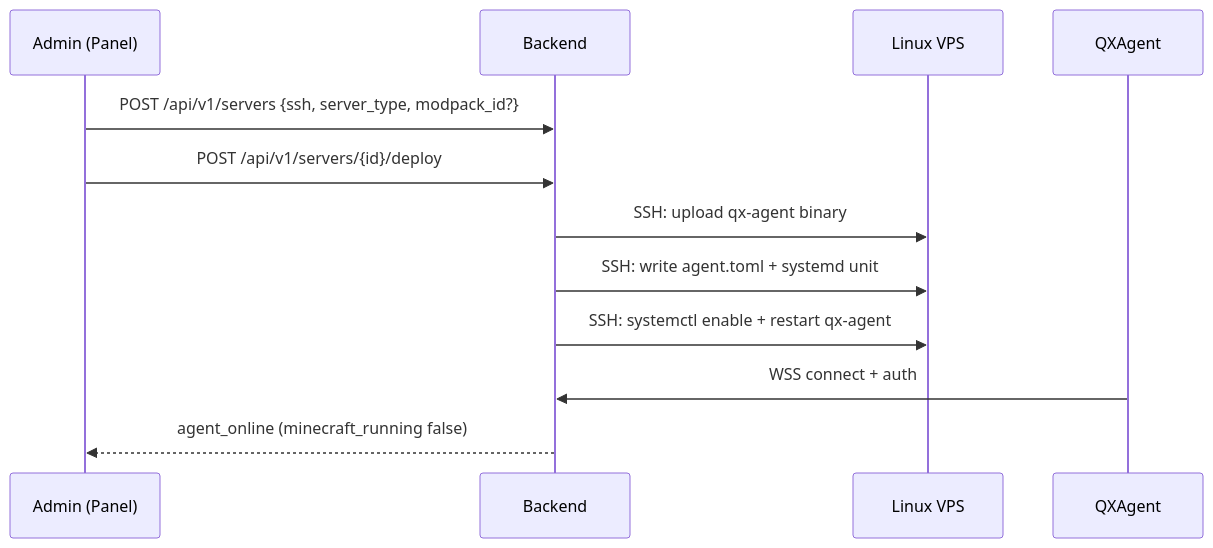
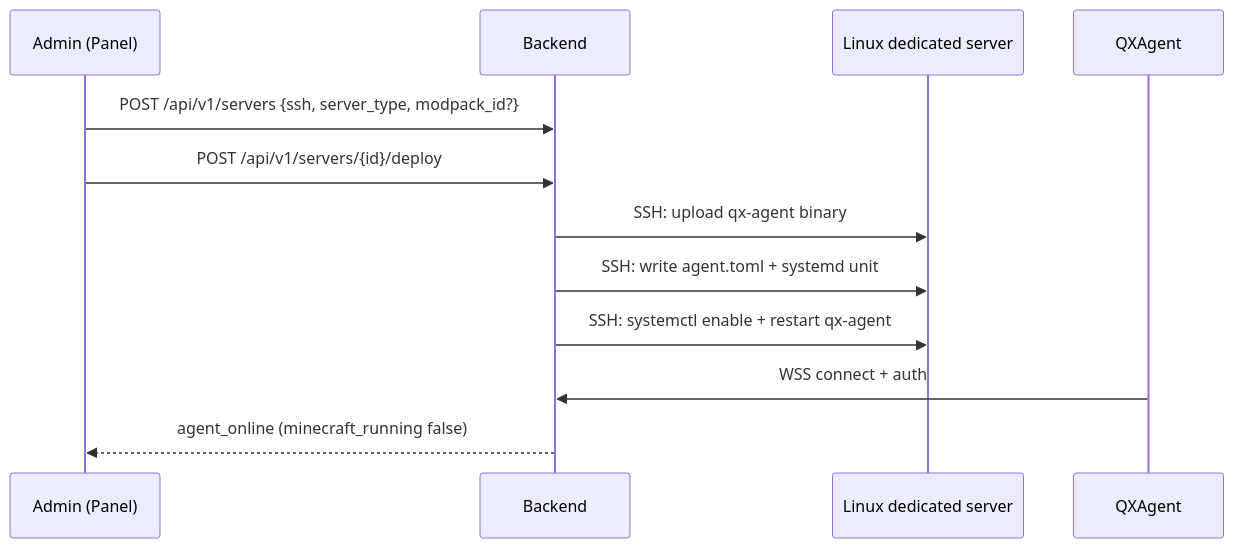
Before and after one commit to mindevis/qx-project: the first of 2 diagrams in docs/agent-protocol.md, drawn with Mermaid. The commit also changed other lines of this file and 182 other files, not shown here.

````diff
--- a/docs/agent-protocol.md
+++ b/docs/agent-protocol.md
@@ -31,15 +31,15 @@
 ```mermaid
 sequenceDiagram
     participant U as Admin (Panel)
     participant API as Backend
-    participant VPS as Linux VPS
+    participant DS as Linux dedicated server
     participant A as QXAgent
 
     U->>API: POST /api/v1/servers {ssh, server_type, modpack_id?}
     U->>API: POST /api/v1/servers/{id}/deploy
-    API->>VPS: SSH: upload qx-agent binary
-    API->>VPS: SSH: write agent.toml + systemd unit
-    API->>VPS: SSH: systemctl enable + restart qx-agent
+    API->>DS: SSH: upload qx-agent binary
+    API->>DS: SSH: write agent.toml + systemd unit
+    API->>DS: SSH: systemctl enable + restart qx-agent
     A->>API: WSS connect + auth
     API-->>U: agent_online (minecraft_running false)
 ```
````
